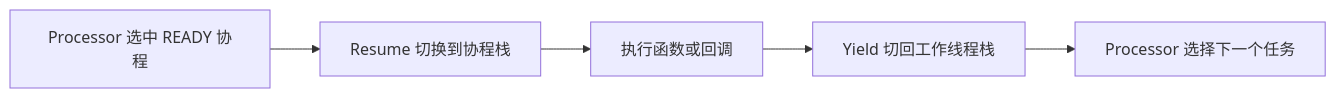
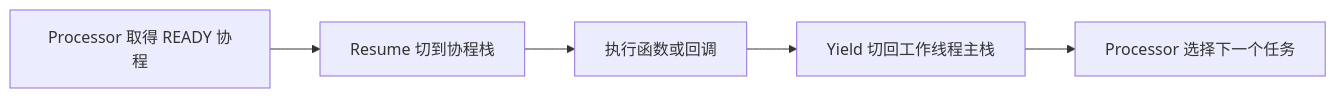
One commit to jzh03/cpp_MINI-CyberRT changed the first of 2 diagrams in doc/croutine.md. Above: the diagram before and after it, drawn with Mermaid. The commit also changed other lines of this file and 13 other files, not shown here.

````diff
--- a/doc/croutine.md
+++ b/doc/croutine.md
@@ -8,7 +8,7 @@
 ```mermaid
 flowchart LR
-    A[Processor 选中 READY 协程] --> B[Resume 切换到协程栈]
+    A[Processor 取得 READY 协程] --> B[Resume 切到协程栈]
     B --> C[执行函数或回调]
-    C --> D[Yield 切回工作线程栈]
+    C --> D[Yield 切回工作线程主栈]
     D --> E[Processor 选择下一个任务]
 ```
````
